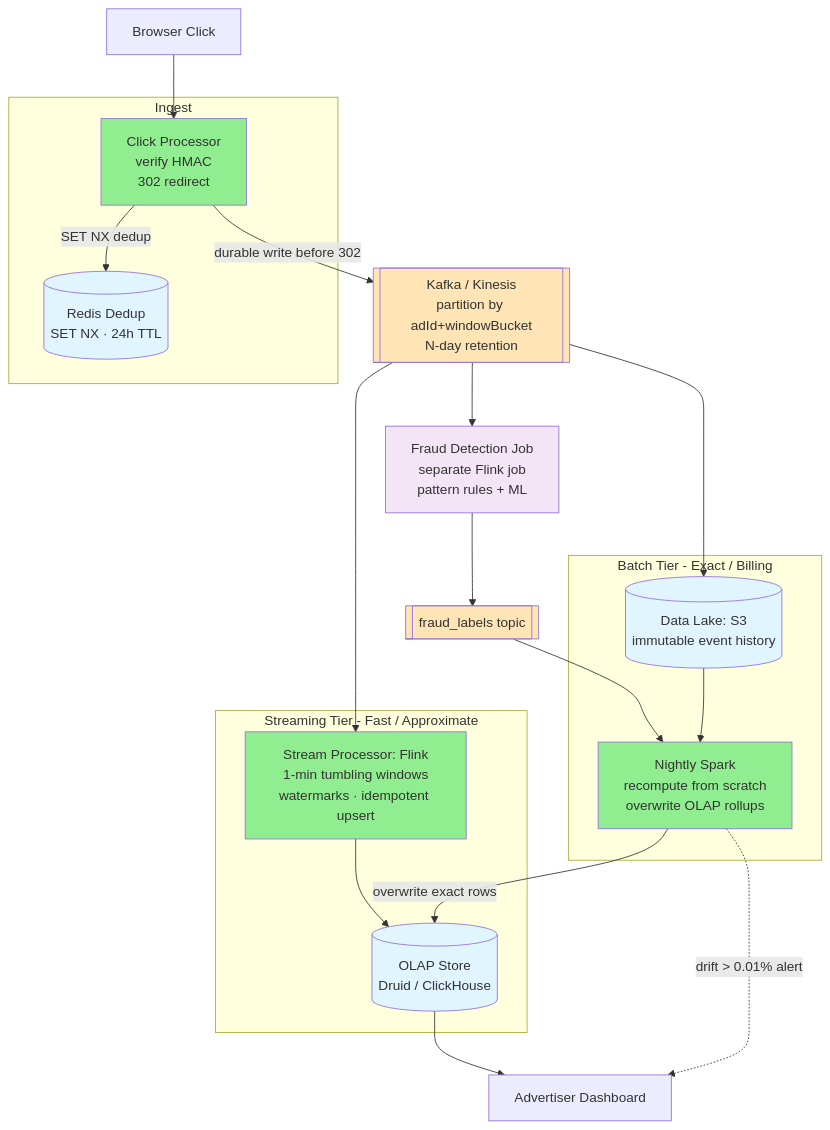
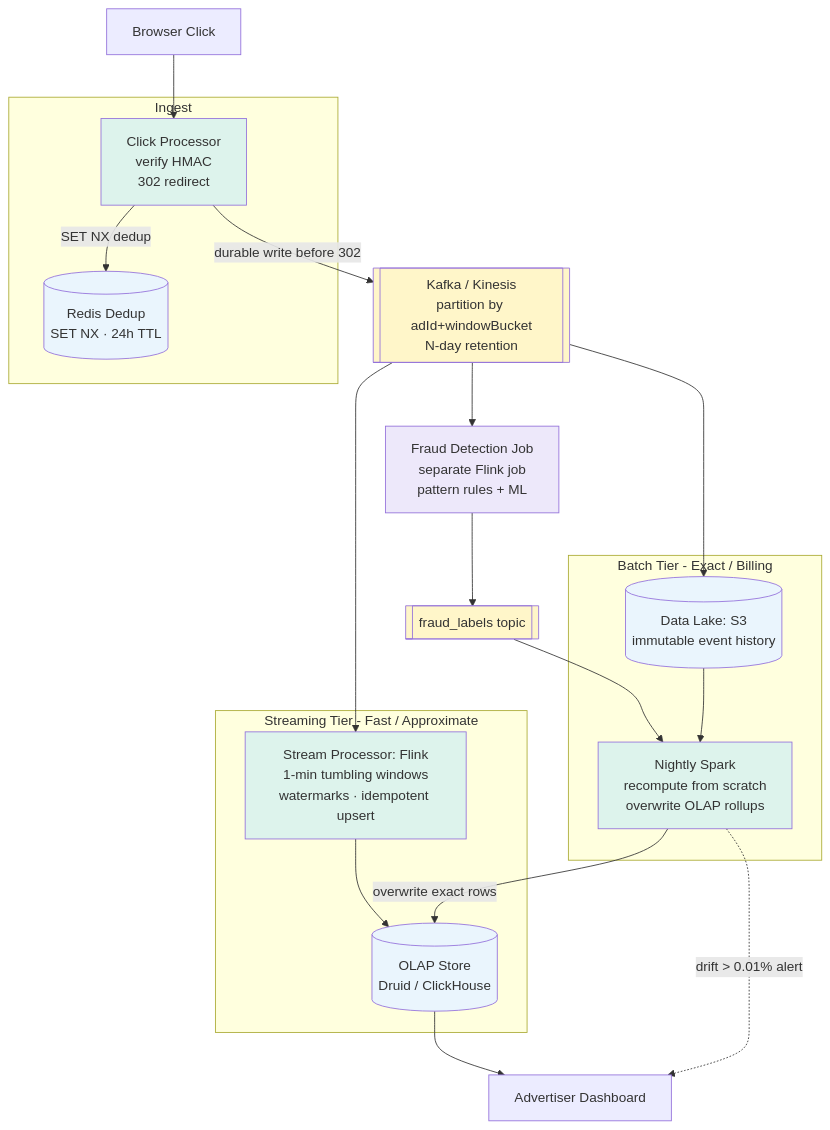
Before and after one commit to cartmancodes/InterviewVault: the first of 6 diagrams in LLD/questions/Design Ad Click Aggregator.md, drawn with Mermaid. The commit also changed other lines of this file and 679 other files, not shown here.

Commit message:
Unify content diagrams and add accessible visual walkthroughs

````diff
--- a/LLD/questions/Design Ad Click Aggregator.md
+++ b/LLD/questions/Design Ad Click Aggregator.md
@@ -105,50 +105,50 @@
 ```mermaid
 graph TB
     B[Browser Click]
 
     subgraph Ingest
         CP[Click Processor<br/>verify HMAC<br/>302 redirect]
         REDIS[(Redis Dedup<br/>SET NX · 24h TTL)]
     end
 
     KAFKA[[Kafka / Kinesis<br/>partition by adId+windowBucket<br/>N-day retention]]
 
     subgraph "Streaming Tier - Fast / Approximate"
         FLINK[Stream Processor: Flink<br/>1-min tumbling windows<br/>watermarks · idempotent upsert]
         OLAP[(OLAP Store<br/>Druid / ClickHouse)]
     end
 
     FRAUD[Fraud Detection Job<br/>separate Flink job<br/>pattern rules + ML]
     FLABELS[[fraud_labels topic]]
 
     subgraph "Batch Tier - Exact / Billing"
         S3[(Data Lake: S3<br/>immutable event history)]
         SPARK[Nightly Spark<br/>recompute from scratch<br/>overwrite OLAP rollups]
     end
 
     DASH[Advertiser Dashboard]
 
     B --> CP
     CP -->|SET NX dedup| REDIS
     CP -->|durable write before 302| KAFKA
     KAFKA --> FLINK
     KAFKA --> FRAUD
     KAFKA --> S3
     FLINK --> OLAP
     FRAUD --> FLABELS
     FLABELS --> SPARK
     S3 --> SPARK
     SPARK -->|overwrite exact rows| OLAP
     SPARK -.->|"drift > 0.01% alert"| DASH
     OLAP --> DASH
 
-    style CP fill:#90EE90
-    style REDIS fill:#e1f5ff
-    style KAFKA fill:#FFE4B5
-    style FLINK fill:#90EE90
-    style OLAP fill:#e1f5ff
-    style S3 fill:#e1f5ff
-    style SPARK fill:#90EE90
-    style FRAUD fill:#f3e5f5
-    style FLABELS fill:#FFE4B5
+    style CP fill:#DDF3EC
+    style REDIS fill:#EAF5FD
+    style KAFKA fill:#FFF6C9
+    style FLINK fill:#DDF3EC
+    style OLAP fill:#EAF5FD
+    style S3 fill:#EAF5FD
+    style SPARK fill:#DDF3EC
+    style FRAUD fill:#EDE8FA
+    style FLABELS fill:#FFF6C9
 ```
````
